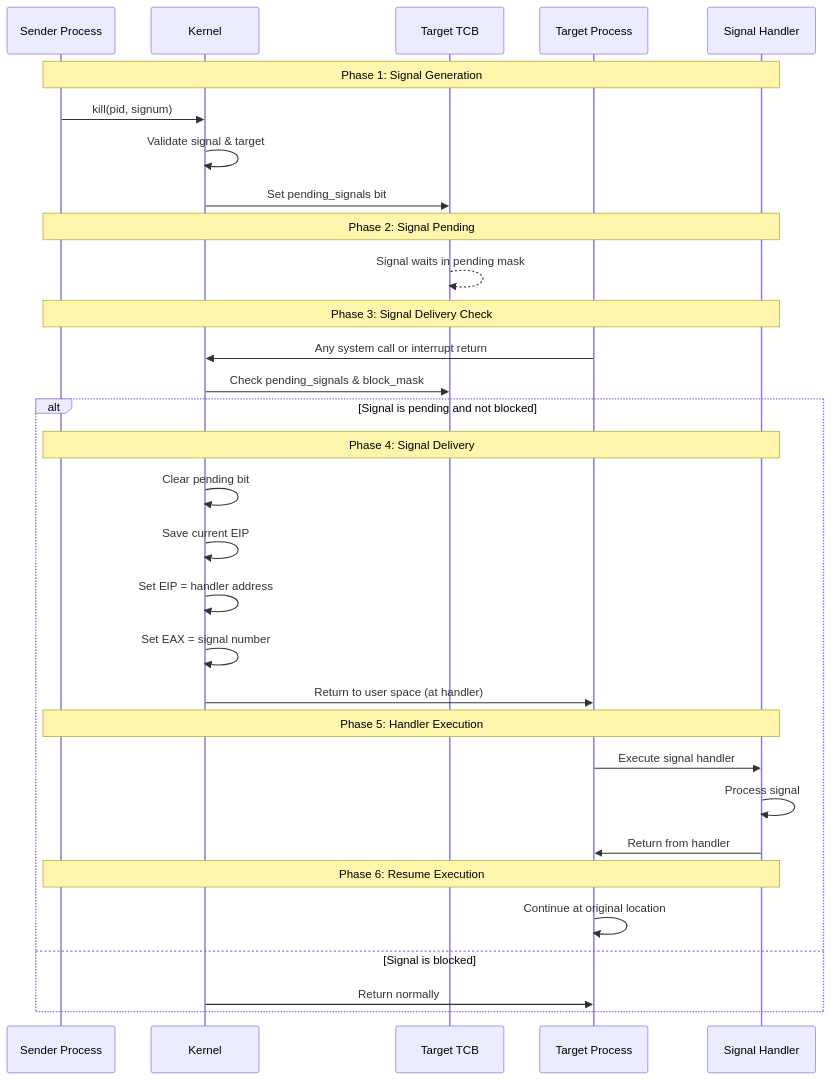
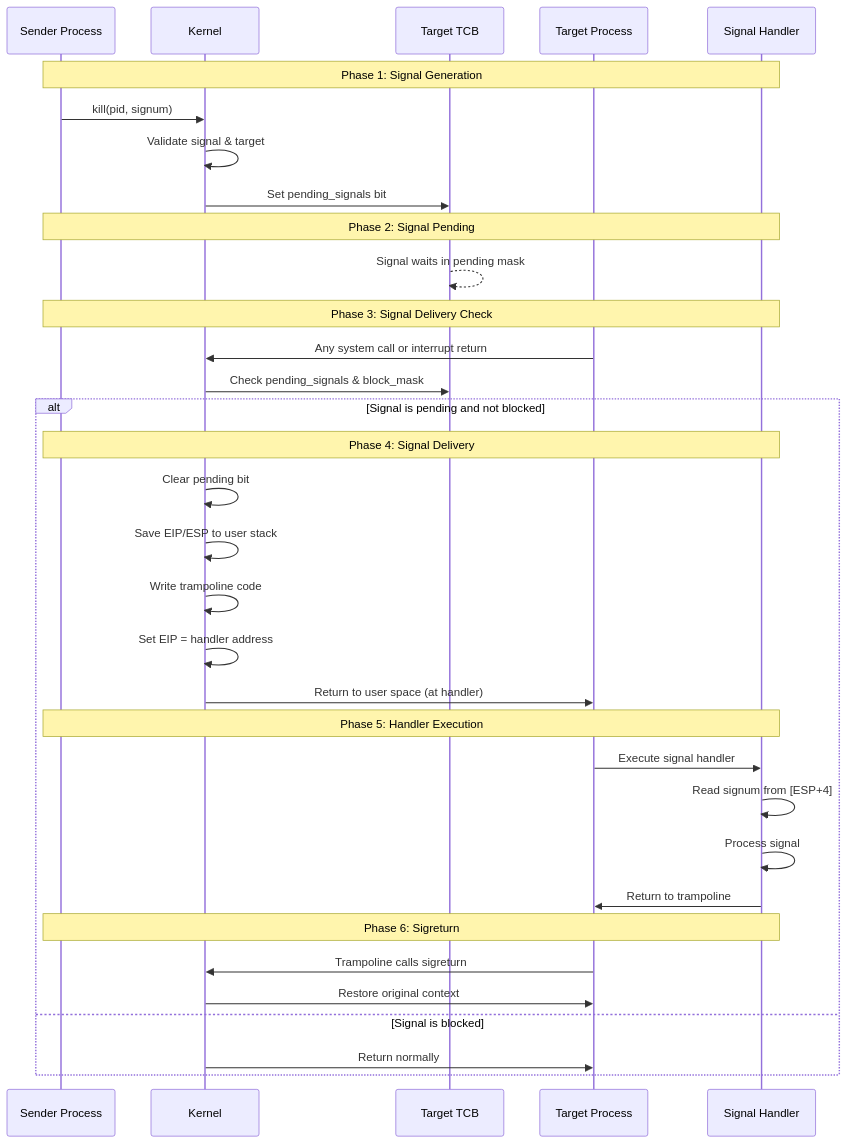
Before and after one commit to SillyCatto/OS_Project-Signal: the third of 4 diagrams in docs/01_signal_fundamentals.md, drawn with Mermaid. The commit also changed 9 other files, not shown here.

````diff
--- a/docs/01_signal_fundamentals.md
+++ b/docs/01_signal_fundamentals.md
@@ -196,39 +196,41 @@
 ```mermaid
 sequenceDiagram
     participant Sender as Sender Process
     participant Kernel as Kernel
     participant TCB as Target TCB
     participant Target as Target Process
     participant Handler as Signal Handler
 
     Note over Sender,Handler: Phase 1: Signal Generation
     Sender->>Kernel: kill(pid, signum)
     Kernel->>Kernel: Validate signal & target
     Kernel->>TCB: Set pending_signals bit
 
     Note over Sender,Handler: Phase 2: Signal Pending
     TCB-->>TCB: Signal waits in pending mask
 
     Note over Sender,Handler: Phase 3: Signal Delivery Check
     Target->>Kernel: Any system call or interrupt return
     Kernel->>TCB: Check pending_signals & block_mask
 
     alt Signal is pending and not blocked
         Note over Sender,Handler: Phase 4: Signal Delivery
         Kernel->>Kernel: Clear pending bit
-        Kernel->>Kernel: Save current EIP
+        Kernel->>Kernel: Save EIP/ESP to user stack
+        Kernel->>Kernel: Write trampoline code
         Kernel->>Kernel: Set EIP = handler address
-        Kernel->>Kernel: Set EAX = signal number
         Kernel->>Target: Return to user space (at handler)
 
         Note over Sender,Handler: Phase 5: Handler Execution
         Target->>Handler: Execute signal handler
+        Handler->>Handler: Read signum from [ESP+4]
         Handler->>Handler: Process signal
-        Handler->>Target: Return from handler
+        Handler->>Target: Return to trampoline
 
-        Note over Sender,Handler: Phase 6: Resume Execution
-        Target->>Target: Continue at original location
+        Note over Sender,Handler: Phase 6: Sigreturn
+        Target->>Kernel: Trampoline calls sigreturn
+        Kernel->>Target: Restore original context
     else Signal is blocked
         Kernel->>Target: Return normally
     end
 ```
````
